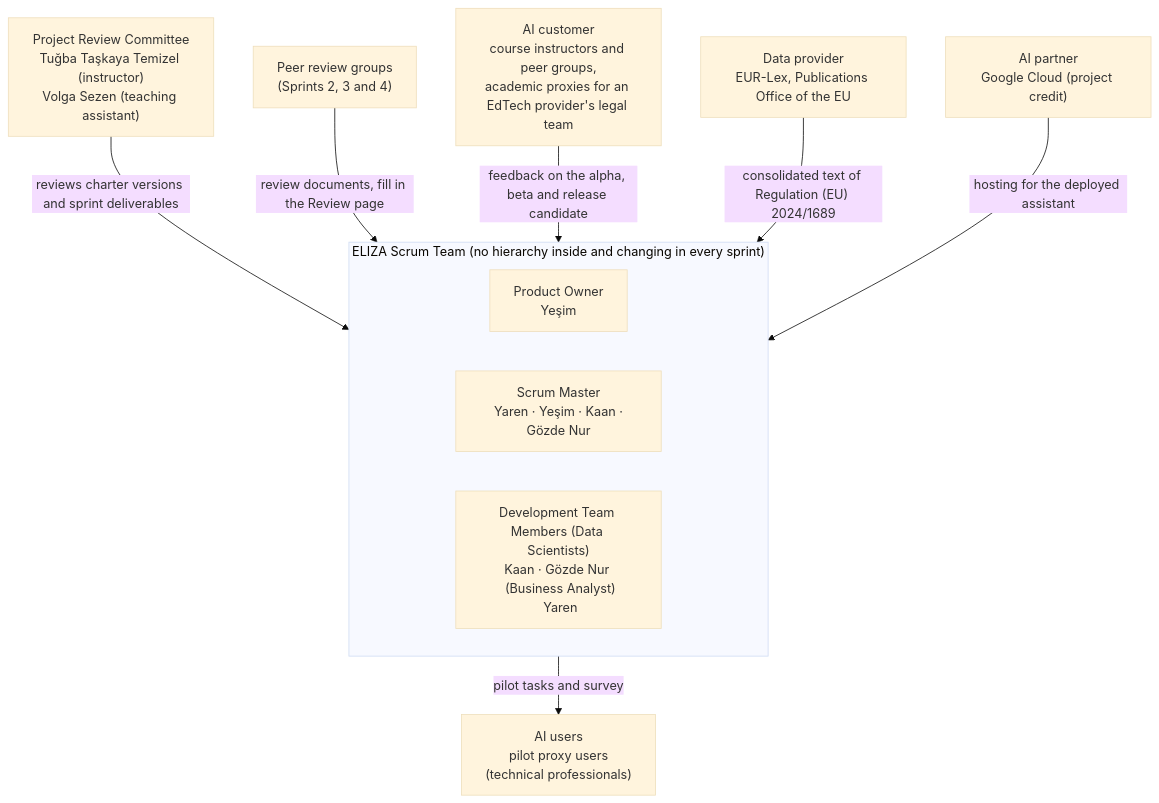
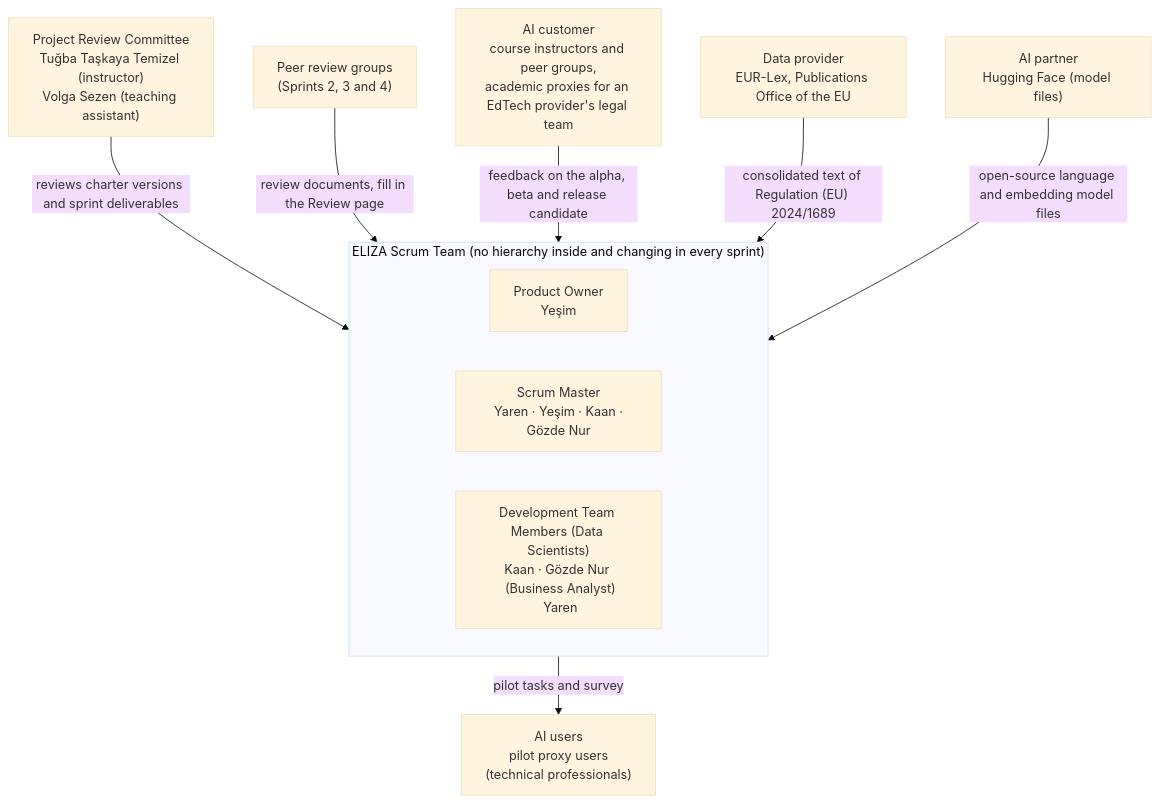
One commit to ELIZA-DI502/ELIZA_DI502_ORGANIZATION changed the diagram in Markdown Template/03-project-canvas/08-project-organization.md. Above: the diagram before and after it, drawn with Mermaid (base theme). The commit also changed other lines of this file and 9 other files, not shown here.

Commit message:
KAN-40 Charter v1: align with Jira sprint plan (local run, val split, D1–D11)

````diff
--- a/Markdown Template/03-project-canvas/08-project-organization.md
+++ b/Markdown Template/03-project-canvas/08-project-organization.md
@@ -25,20 +25,20 @@
 ```mermaid
 flowchart TB
     PRC["Project Review Committee<br/>Tuğba Taşkaya Temizel (instructor)<br/>Volga Sezen (teaching assistant)"]
     PEER["Peer review groups<br/>(Sprints 2, 3 and 4)"]
     subgraph TEAM["ELIZA Scrum Team (no hierarchy inside and changing in every sprint)"]
         PO["Product Owner<br/>Yeşim "]
         SM["Scrum Master<br/> Yaren · Yeşim · Kaan · Gözde Nur "]
         DS["Development Team Members (Data Scientists)<br/>Kaan · Gözde Nur <br/> (Business Analyst)<br/> Yaren "]
     end
     CUST["AI customer<br/>course instructors and peer groups,<br/>academic proxies for an EdTech provider's legal team"]
     USERS["AI users<br/>pilot proxy users<br/>(technical professionals)"]
     DATA["Data provider<br/>EUR-Lex, Publications Office of the EU"]
-    PART["AI partner<br/>Google Cloud (project credit)"]
+    PART["AI partner<br/>Hugging Face (model files)"]
     PRC -- "reviews charter versions and sprint deliverables" --> TEAM
     PEER -- "review documents, fill in the Review page" --> TEAM
     CUST -- "feedback on the alpha, beta and release candidate" --> TEAM
     TEAM -- "pilot tasks and survey" --> USERS
     DATA -- "consolidated text of Regulation (EU) 2024/1689" --> TEAM
-    PART -- "hosting for the deployed assistant" --> TEAM
+    PART -- "open-source language and embedding model files" --> TEAM
 ```
````
